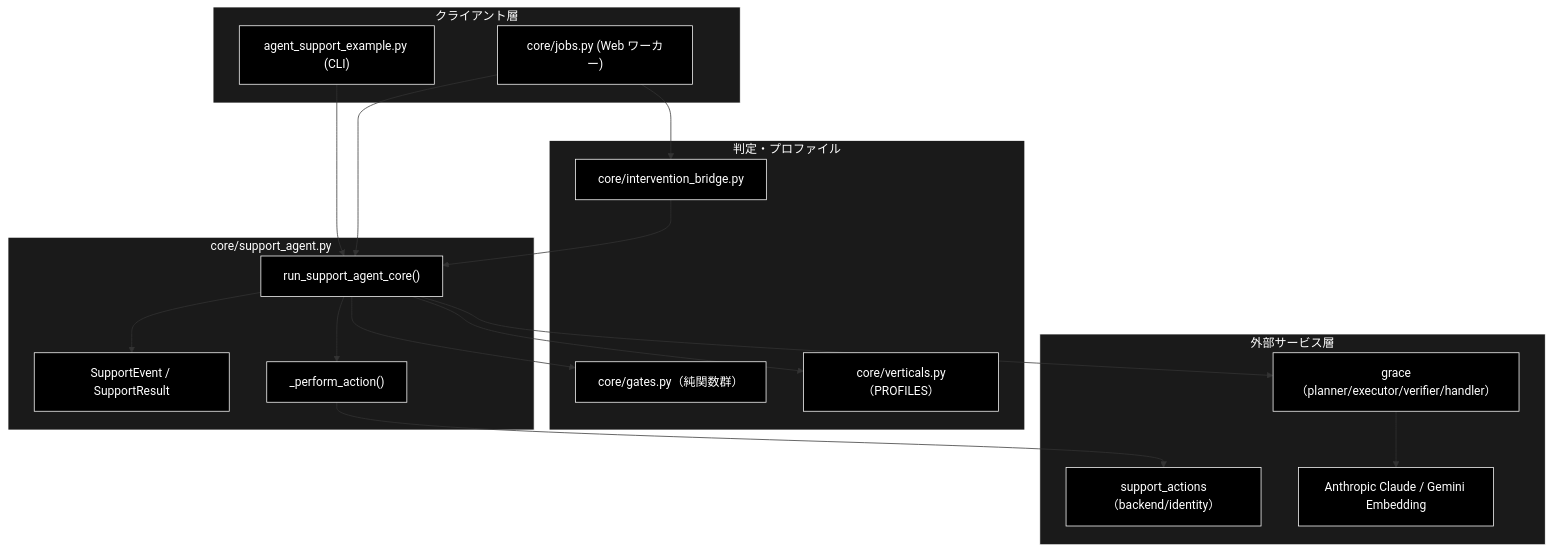
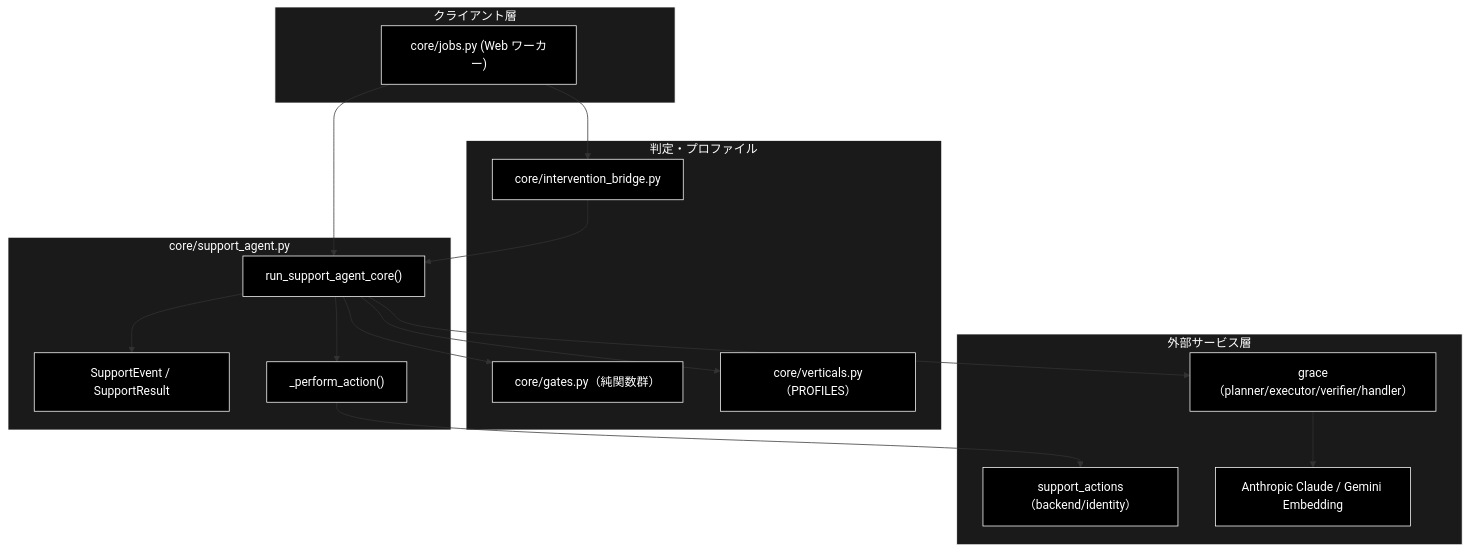
One commit to nakashima2toshio/grace_v2 changed the first of 3 diagrams in backend/docs/reference/core_support_agent.md. Above: the diagram before and after it, drawn with Mermaid. The commit also changed other lines of this file and 50 other files, not shown here.

````diff
--- a/backend/docs/reference/core_support_agent.md
+++ b/backend/docs/reference/core_support_agent.md
@@ -87,44 +88,42 @@
 ```mermaid
 flowchart TB
     subgraph CLIENT["クライアント層"]
-        CLI["agent_support_example.py (CLI)"]
         JOBS["core/jobs.py (Web ワーカー)"]
     end
 
     subgraph MODULE["core/support_agent.py"]
         CORE["run_support_agent_core()"]
         EVT["SupportEvent / SupportResult"]
         ACT["_perform_action()"]
     end
 
     subgraph HELPERS["判定・プロファイル"]
         GATES["core/gates.py（純関数群）"]
         VERT["core/verticals.py（PROFILES）"]
         BRIDGE["core/intervention_bridge.py"]
     end
 
     subgraph EXTERNAL["外部サービス層"]
         GRACE["grace（planner/executor/verifier/handler）"]
         ACTIONS["support_actions（backend/identity）"]
         LLM["Anthropic Claude / Gemini Embedding"]
     end
 
-    CLI --> CORE
     JOBS --> CORE
     CORE --> EVT
     CORE --> ACT
     CORE --> GATES
     CORE --> VERT
     JOBS --> BRIDGE
     BRIDGE --> CORE
     CORE --> GRACE
     ACT --> ACTIONS
     GRACE --> LLM
 classDef default fill:#000,stroke:#fff,color:#fff
 classDef subgraphStyle fill:#1a1a1a,stroke:#fff,color:#fff
-class CLI,JOBS,CORE,EVT,ACT,GATES,VERT,BRIDGE,GRACE,ACTIONS,LLM default
+class JOBS,CORE,EVT,ACT,GATES,VERT,BRIDGE,GRACE,ACTIONS,LLM default
 style CLIENT fill:#1a1a1a,stroke:#fff,color:#fff
 style MODULE fill:#1a1a1a,stroke:#fff,color:#fff
 style HELPERS fill:#1a1a1a,stroke:#fff,color:#fff
 style EXTERNAL fill:#1a1a1a,stroke:#fff,color:#fff
 ```
````
